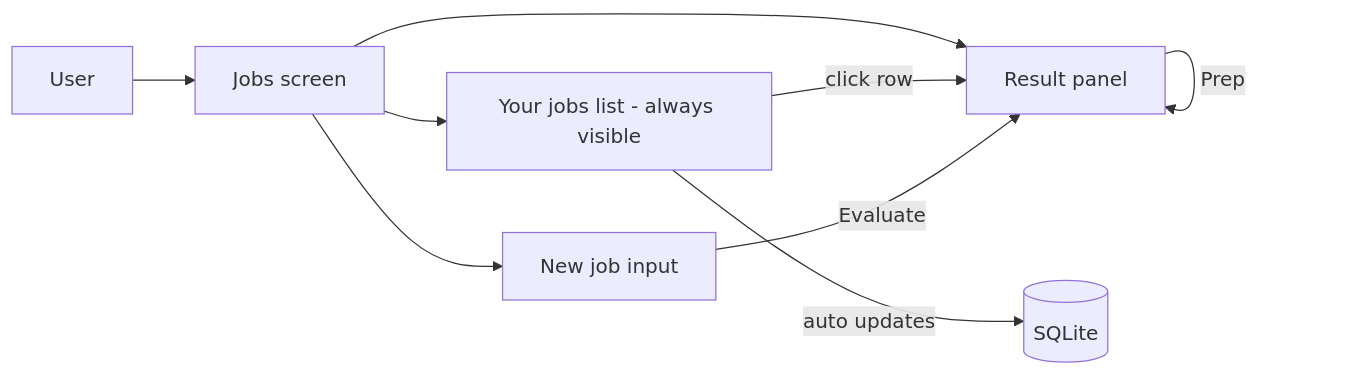
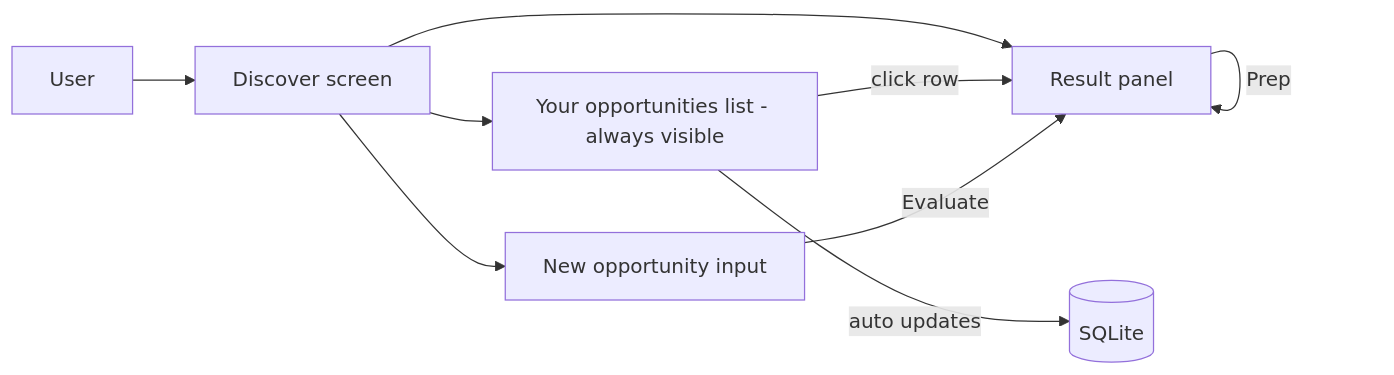
Before and after one commit to p10ns11y/collab-finder: the sixth of 13 diagrams in reports/single-pr-intuitive-product.md, drawn with Mermaid. The commit also changed other lines of this file and 2 other files, not shown here.

First line of the commit message:
docs: update reports for Discover/Xplore terminology and code reality

````diff
--- a/reports/single-pr-intuitive-product.md
+++ b/reports/single-pr-intuitive-product.md
@@ -216,11 +216,11 @@
 ```mermaid
 flowchart LR
-  U[User] --> J[Jobs screen]
-  J --> L[Your jobs list - always visible]
-  J --> P[Result panel]
+  U[User] --> D[Discover screen]
+  D --> L[Your opportunities list - always visible]
+  D --> P[Result panel]
   L -->|click row| P
-  J --> N[New job input]
+  D --> N[New opportunity input]
   N -->|Evaluate| P
   P -->|Prep| P
   L -->|auto updates| DB[(SQLite)]
 ```
````
